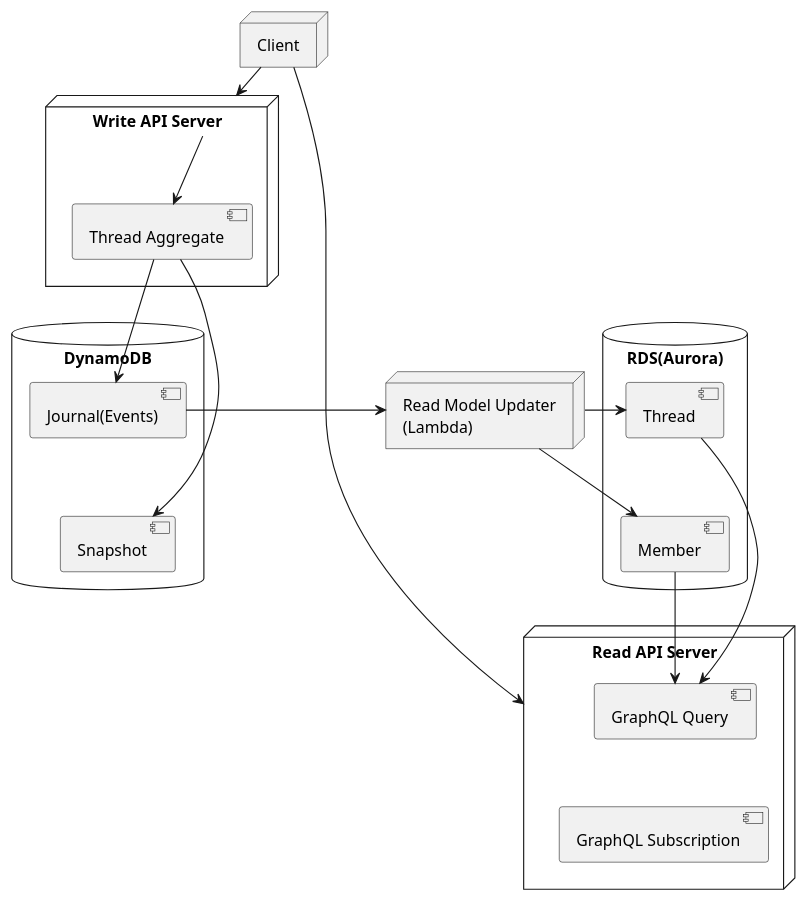
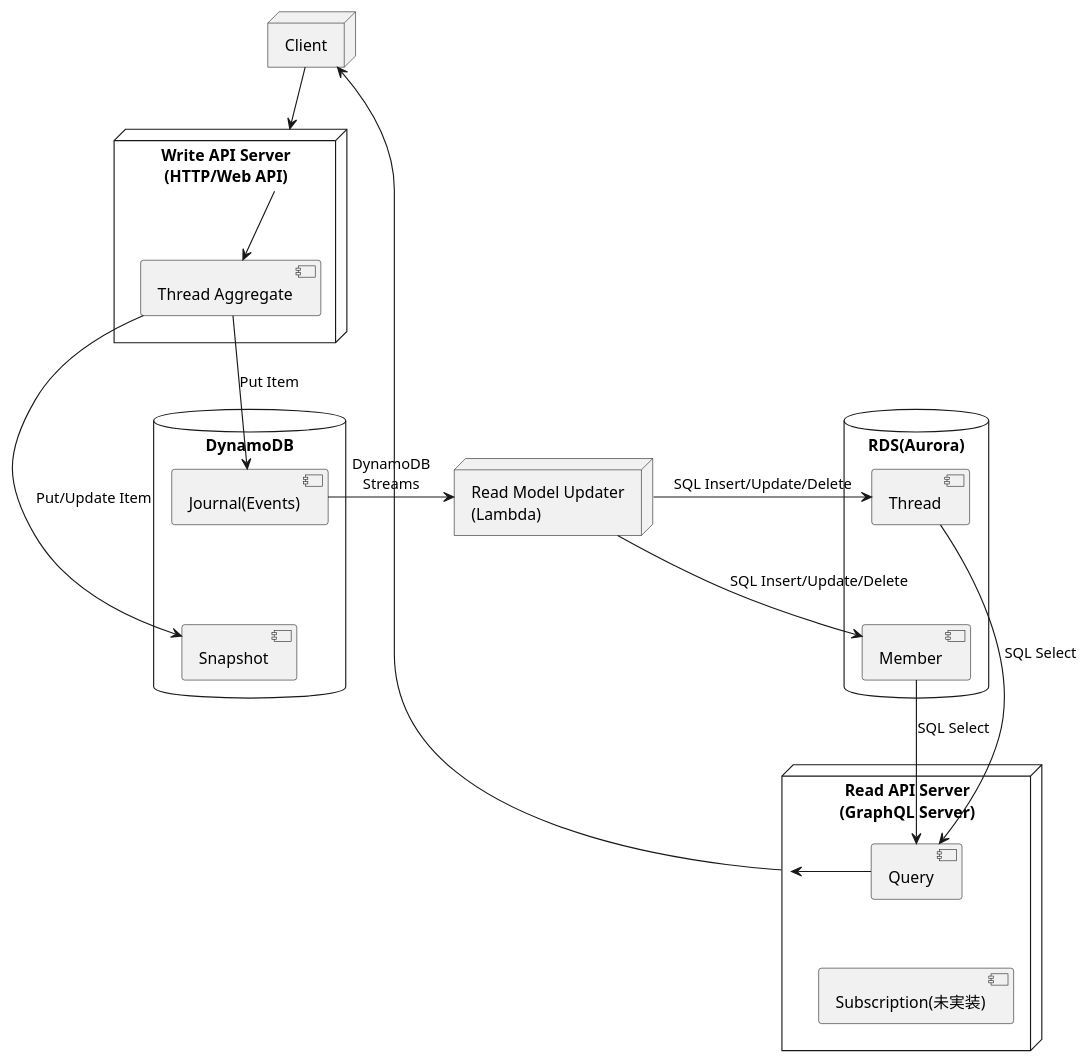
One commit to j5ik2o/cqrs-es-example-rs changed the diagram in system-layout.puml. Above: the diagram before and after it, drawn with PlantUML. The commit also changed 1 other file, not shown here.

```diff
--- a/system-layout.puml
+++ b/system-layout.puml
@@ -1,49 +1,50 @@
 @startuml
 'https://plantuml.com/component-diagram
 
 node "Client" as client {
 }
 
-node "Write API Server" as writeAPI {
+node "Write API Server\n(HTTP/Web API)" as writeAPI {
     [Thread Aggregate] as threadAggregate
 }
 
-node "Read API Server" as readAPI {
-    [GraphQL Query] as query
-    [GraphQL Subscription] as subscripton
+node "Read API Server\n(GraphQL Server)" as readAPI {
+    [Query] as query
+    [Subscription(未実装)] as subscripton
 }
 
 node "Read Model Updater\n(Lambda)" as updater {
 }
 
 database "DynamoDB" {
     [Journal(Events)] as journal
     [Snapshot] as snapshot
 }
 
 database "RDS(Aurora)" {
   [Thread] as thread
   [Member] as member
 }
 
 journal -[hidden]- snapshot
 thread -[hidden]- member
 query -[hidden]- subscripton
 
 writeAPI -d-> threadAggregate
 
-threadAggregate -d-> journal
-threadAggregate -d-> snapshot
+threadAggregate -d-> journal: Put Item
+threadAggregate -d-> snapshot: Put/Update Item
 
-journal -r-> updater
+journal -r-> updater: DynamoDB\nStreams
 
-updater -r-> thread
-updater -r-> member
+updater -r-> thread: SQL Insert/Update/Delete
+updater -r-> member: SQL Insert/Update/Delete
 
-thread --> query
-member --> query
+thread --> query: SQL Select
+member --> query: SQL Select
+query -> readAPI
 
 client -d-> writeAPI
-client -r-> readAPI
+client <-r- readAPI
 
 @enduml
```
